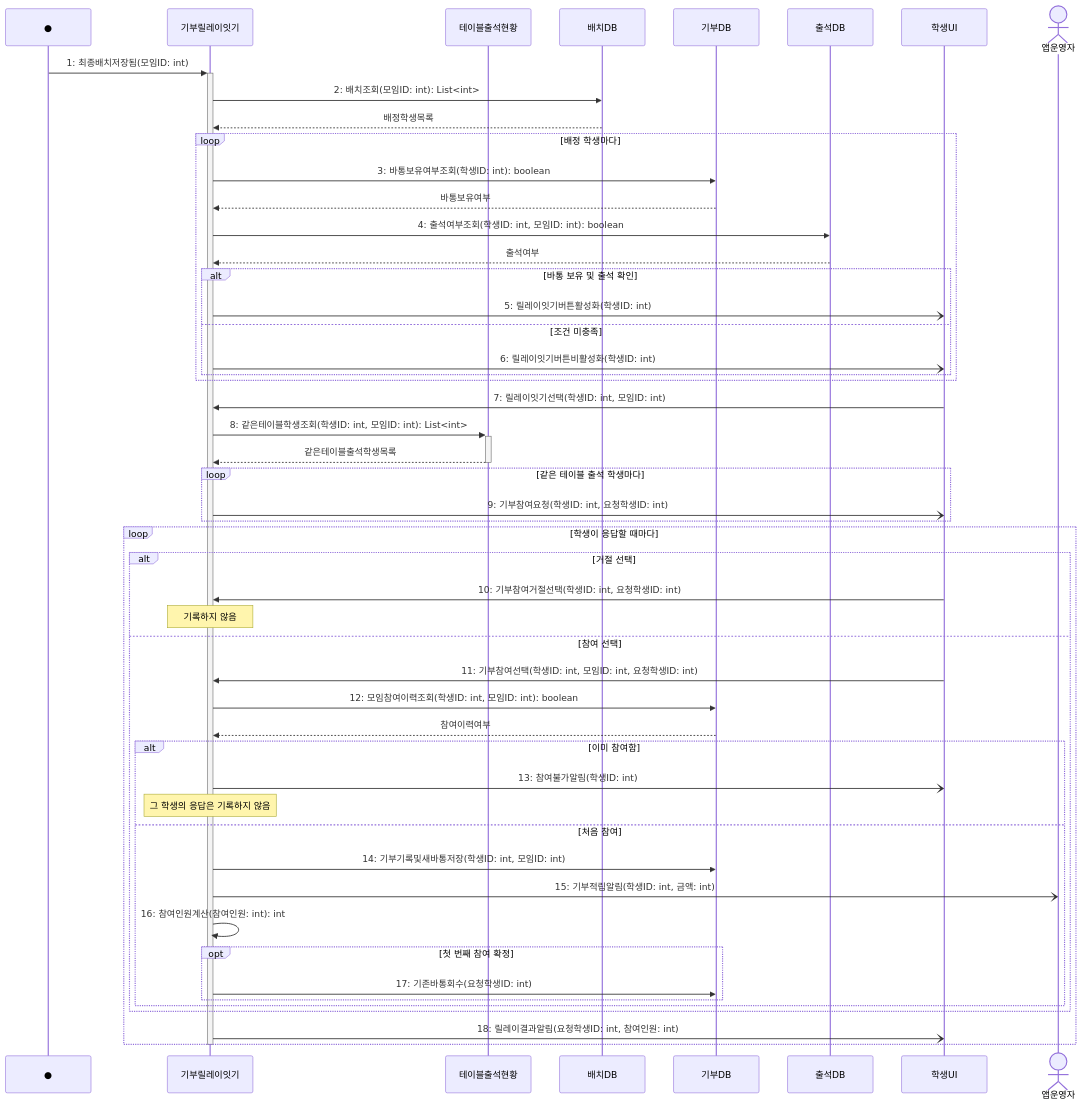
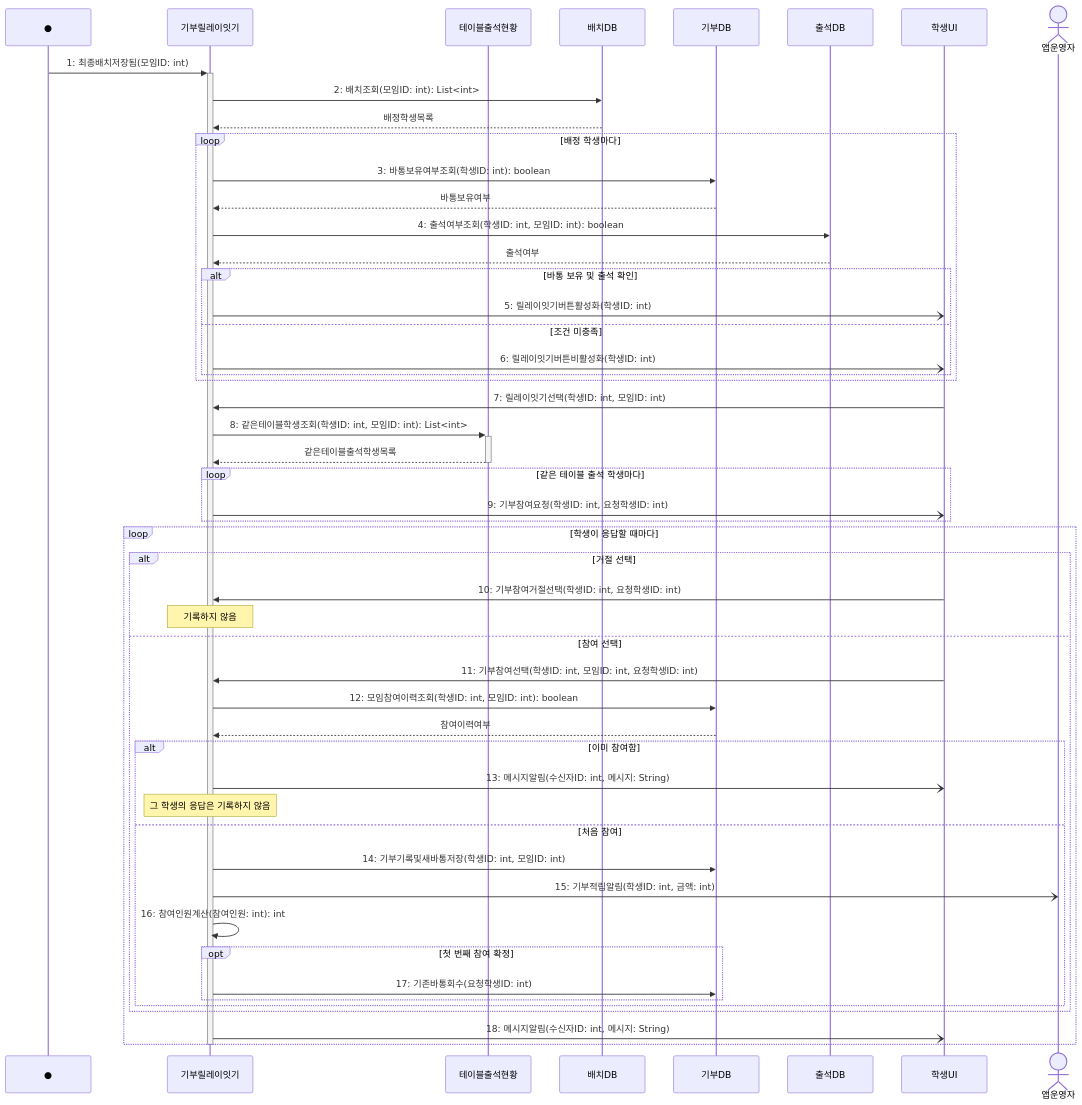
One commit to hojae3/sw-engineering-16 changed the diagram in sequence/seq-16.md. Above: the diagram before and after it, drawn with Mermaid. The commit also changed other lines of this file and 9 other files, not shown here.

````diff
--- a/sequence/seq-16.md
+++ b/sequence/seq-16.md
@@ -26,57 +26,57 @@
 ```mermaid
 sequenceDiagram
     participant Found as ●
     participant 릴레이 as 기부릴레이잇기
     participant 현황 as 테이블출석현황
     participant 배치DB as 배치DB
     participant 기부DB as 기부DB
     participant 출석DB as 출석DB
     participant 학생UI as 학생UI
     actor 앱운영자
 
     Found->>+릴레이: 1: 최종배치저장됨(모임ID: int)
     릴레이->>배치DB: 2: 배치조회(모임ID: int): List<int>
     배치DB-->>릴레이: 배정학생목록
     loop 배정 학생마다
         릴레이->>기부DB: 3: 바통보유여부조회(학생ID: int): boolean
         기부DB-->>릴레이: 바통보유여부
         릴레이->>출석DB: 4: 출석여부조회(학생ID: int, 모임ID: int): boolean
         출석DB-->>릴레이: 출석여부
         alt 바통 보유 및 출석 확인
             릴레이-)학생UI: 5: 릴레이잇기버튼활성화(학생ID: int)
         else 조건 미충족
             릴레이-)학생UI: 6: 릴레이잇기버튼비활성화(학생ID: int)
         end
     end
 
     학생UI->>릴레이: 7: 릴레이잇기선택(학생ID: int, 모임ID: int)
     릴레이->>+현황: 8: 같은테이블학생조회(학생ID: int, 모임ID: int): List<int>
     현황-->>-릴레이: 같은테이블출석학생목록
     loop 같은 테이블 출석 학생마다
         릴레이-)학생UI: 9: 기부참여요청(학생ID: int, 요청학생ID: int)
     end
 
     loop 학생이 응답할 때마다
         alt 거절 선택
             학생UI->>릴레이: 10: 기부참여거절선택(학생ID: int, 요청학생ID: int)
             Note over 릴레이: 기록하지 않음
         else 참여 선택
             학생UI->>릴레이: 11: 기부참여선택(학생ID: int, 모임ID: int, 요청학생ID: int)
             릴레이->>기부DB: 12: 모임참여이력조회(학생ID: int, 모임ID: int): boolean
             기부DB-->>릴레이: 참여이력여부
             alt 이미 참여함
-                릴레이-)학생UI: 13: 참여불가알림(학생ID: int)
+                릴레이-)학생UI: 13: 메시지알림(수신자ID: int, 메시지: String)
                 Note over 릴레이: 그 학생의 응답은 기록하지 않음
             else 처음 참여
                 릴레이->>기부DB: 14: 기부기록및새바통저장(학생ID: int, 모임ID: int)
                 릴레이-)앱운영자: 15: 기부적립알림(학생ID: int, 금액: int)
                 릴레이->>릴레이: 16: 참여인원계산(참여인원: int): int
                 opt 첫 번째 참여 확정
                     릴레이->>기부DB: 17: 기존바통회수(요청학생ID: int)
                 end
             end
         end
-        릴레이-)학생UI: 18: 릴레이결과알림(요청학생ID: int, 참여인원: int)
+        릴레이-)학생UI: 18: 메시지알림(수신자ID: int, 메시지: String)
     end
     deactivate 릴레이
 ```
````
